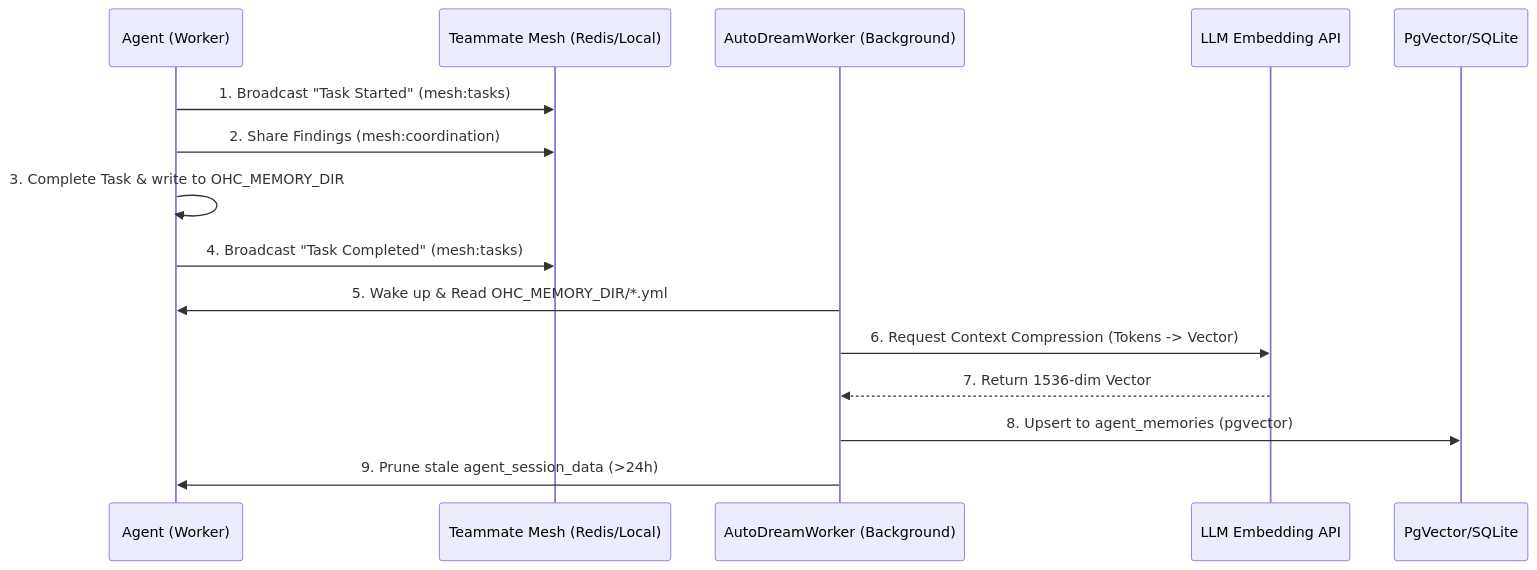
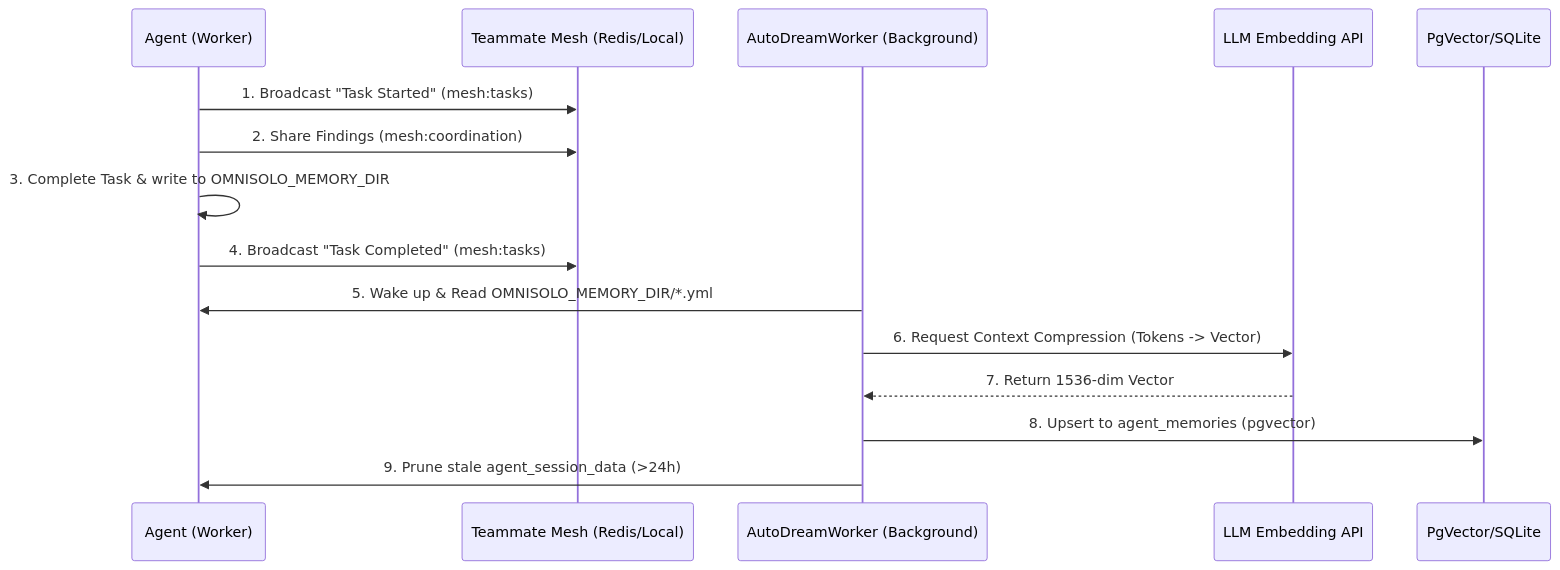
Before and after one commit to omnisolo-llc/onehumancorp: the fourth of 4 diagrams in docs/technical/walkthroughs/help_portal.md, drawn with Mermaid. The commit also changed other lines of this file and 2191 other files, not shown here.

````diff
--- a/docs/technical/walkthroughs/help_portal.md
+++ b/docs/technical/walkthroughs/help_portal.md
@@ -77,18 +77,18 @@
 ```mermaid
 sequenceDiagram
     participant Worker as Agent (Worker)
     participant Mesh as Teammate Mesh (Redis/Local)
     participant AutoDream as AutoDreamWorker (Background)
     participant Embed as LLM Embedding API
     participant DB as PgVector/SQLite
 
     Worker->>Mesh: 1. Broadcast "Task Started" (mesh:tasks)
     Worker->>Mesh: 2. Share Findings (mesh:coordination)
-    Worker->>Worker: 3. Complete Task & write to OHC_MEMORY_DIR
+    Worker->>Worker: 3. Complete Task & write to OMNISOLO_MEMORY_DIR
     Worker->>Mesh: 4. Broadcast "Task Completed" (mesh:tasks)
-    AutoDream->>Worker: 5. Wake up & Read OHC_MEMORY_DIR/*.yml
+    AutoDream->>Worker: 5. Wake up & Read OMNISOLO_MEMORY_DIR/*.yml
     AutoDream->>Embed: 6. Request Context Compression (Tokens -> Vector)
     Embed-->>AutoDream: 7. Return 1536-dim Vector
     AutoDream->>DB: 8. Upsert to agent_memories (pgvector)
     AutoDream->>Worker: 9. Prune stale agent_session_data (>24h)
 ```
````
